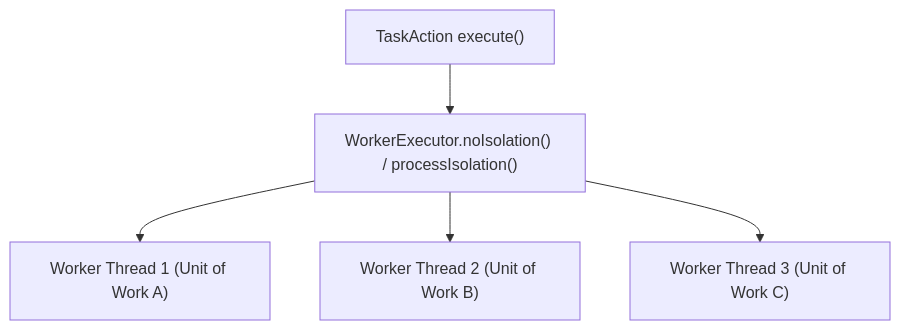
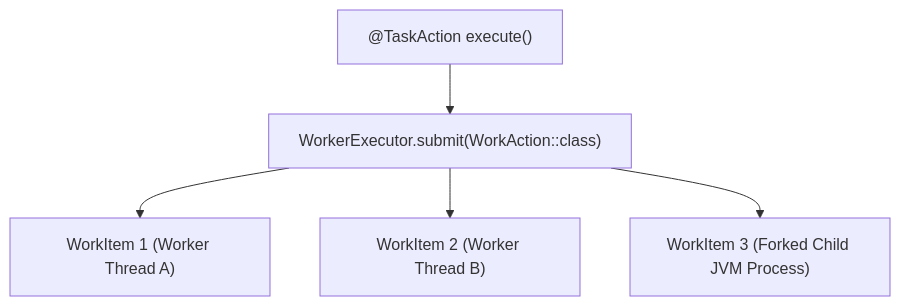
One commit to youngmin-gwon/what-i-studied changed the second of 2 diagrams in 01_inbox/mobile/android/03_packaging_deployment/build/gradle/gradle-build/gradle-task-api.md. Above: the diagram before and after it, drawn with Mermaid. The commit also changed other lines of this file and 5 other files, not shown here.

````diff
--- a/01_inbox/mobile/android/03_packaging_deployment/build/gradle/gradle-build/gradle-task-api.md
+++ b/01_inbox/mobile/android/03_packaging_deployment/build/gradle/gradle-build/gradle-task-api.md
@@ -104,7 +156,7 @@
 ```mermaid
 flowchart TD
-    TaskAction["TaskAction execute()"] --> WorkQueue["WorkerExecutor.noIsolation() / processIsolation()"]
-    WorkQueue --> Worker1["Worker Thread 1 (Unit of Work A)"]
-    WorkQueue --> Worker2["Worker Thread 2 (Unit of Work B)"]
-    WorkQueue --> Worker3["Worker Thread 3 (Unit of Work C)"]
+    TaskAction["@TaskAction execute()"] --> WorkQueue["WorkerExecutor.submit(WorkAction::class)"]
+    WorkQueue --> Worker1["WorkItem 1 (Worker Thread A)"]
+    WorkQueue --> Worker2["WorkItem 2 (Worker Thread B)"]
+    WorkQueue --> Worker3["WorkItem 3 (Forked Child JVM Process)"]
 ```
````
